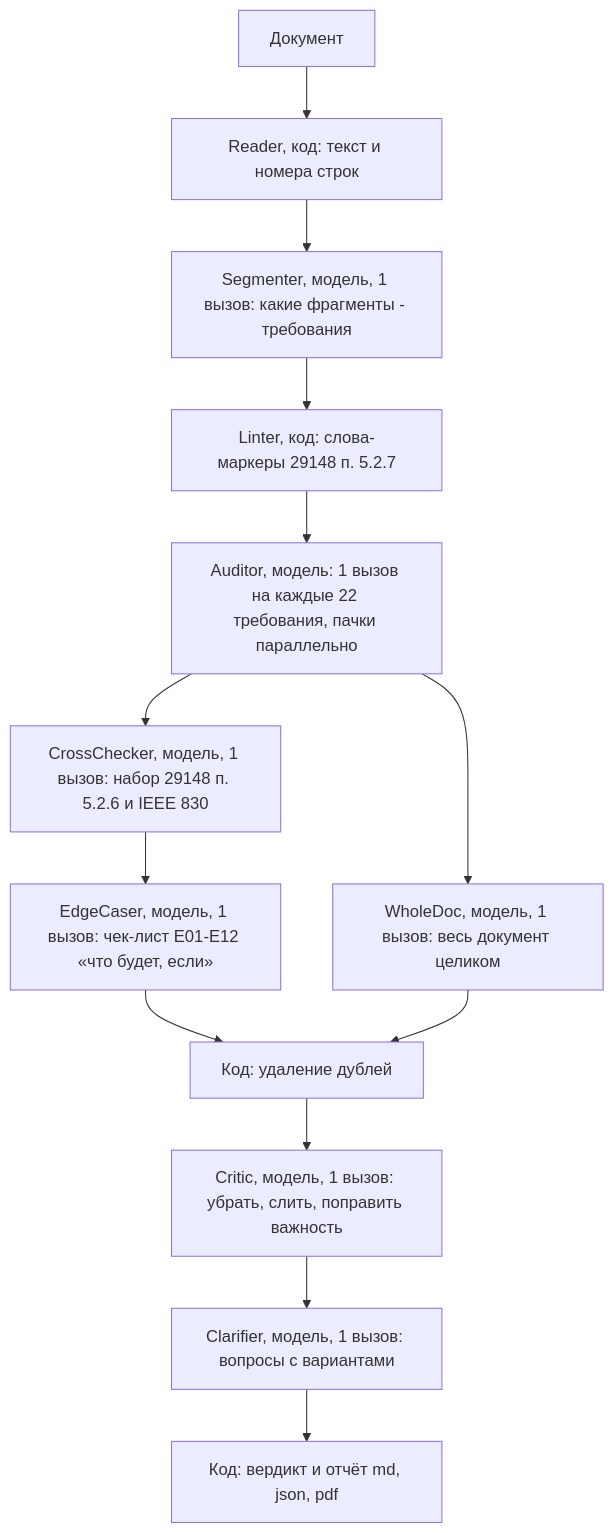
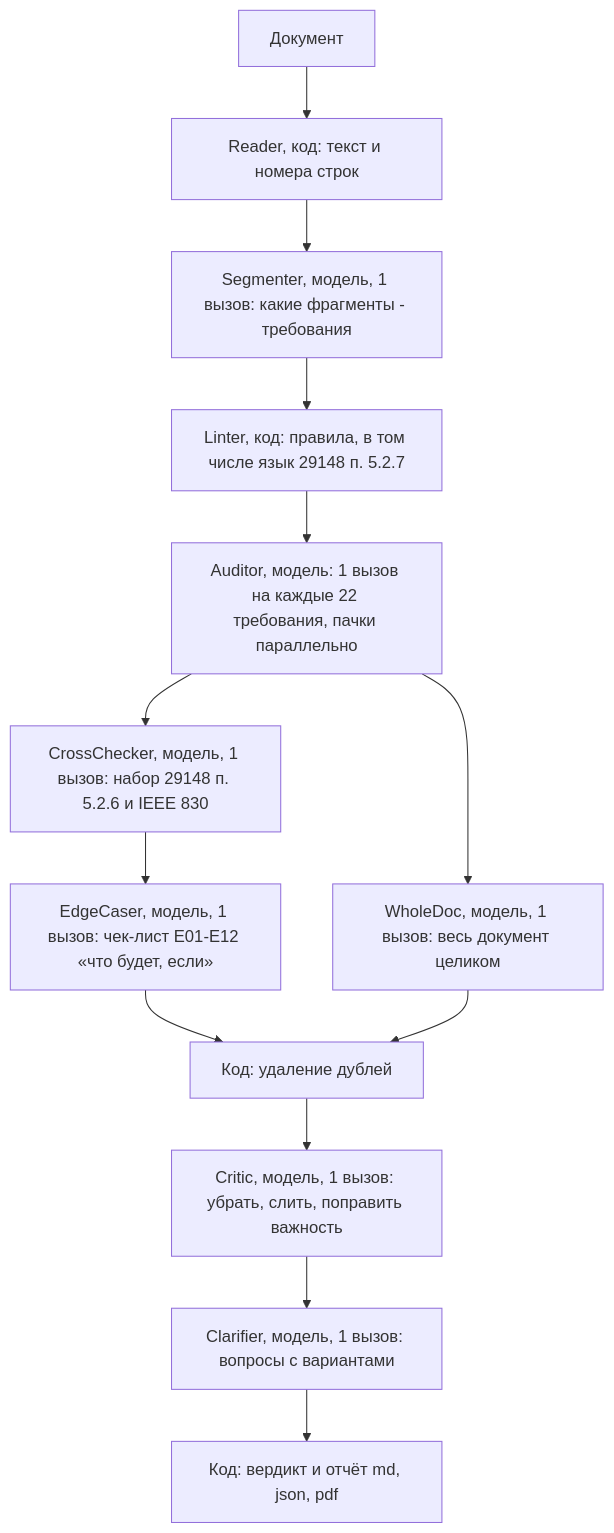
The diagram in README.md (l9kk/reqcheck), drawn with Mermaid before and after one commit. The commit also changed other lines of this file, not shown here.

````diff
--- a/README.md
+++ b/README.md
@@ -92,15 +94,15 @@
 ```mermaid
 flowchart TD
     D["Документ"] --> R["Reader, код: текст и номера строк"]
     R --> S["Segmenter, модель, 1 вызов: какие фрагменты - требования"]
-    S --> L["Linter, код: слова-маркеры 29148 п. 5.2.7"]
+    S --> L["Linter, код: правила, в том числе язык 29148 п. 5.2.7"]
     L --> A["Auditor, модель: 1 вызов на каждые 22 требования, пачки параллельно"]
     A --> X["CrossChecker, модель, 1 вызов: набор 29148 п. 5.2.6 и IEEE 830"]
     X --> E["EdgeCaser, модель, 1 вызов: чек-лист E01-E12 «что будет, если»"]
     A --> W["WholeDoc, модель, 1 вызов: весь документ целиком"]
     E --> U["Код: удаление дублей"]
     W --> U
     U --> C["Critic, модель, 1 вызов: убрать, слить, поправить важность"]
     C --> Q["Clarifier, модель, 1 вызов: вопросы с вариантами"]
     Q --> P["Код: вердикт и отчёт md, json, pdf"]
 ```
````
